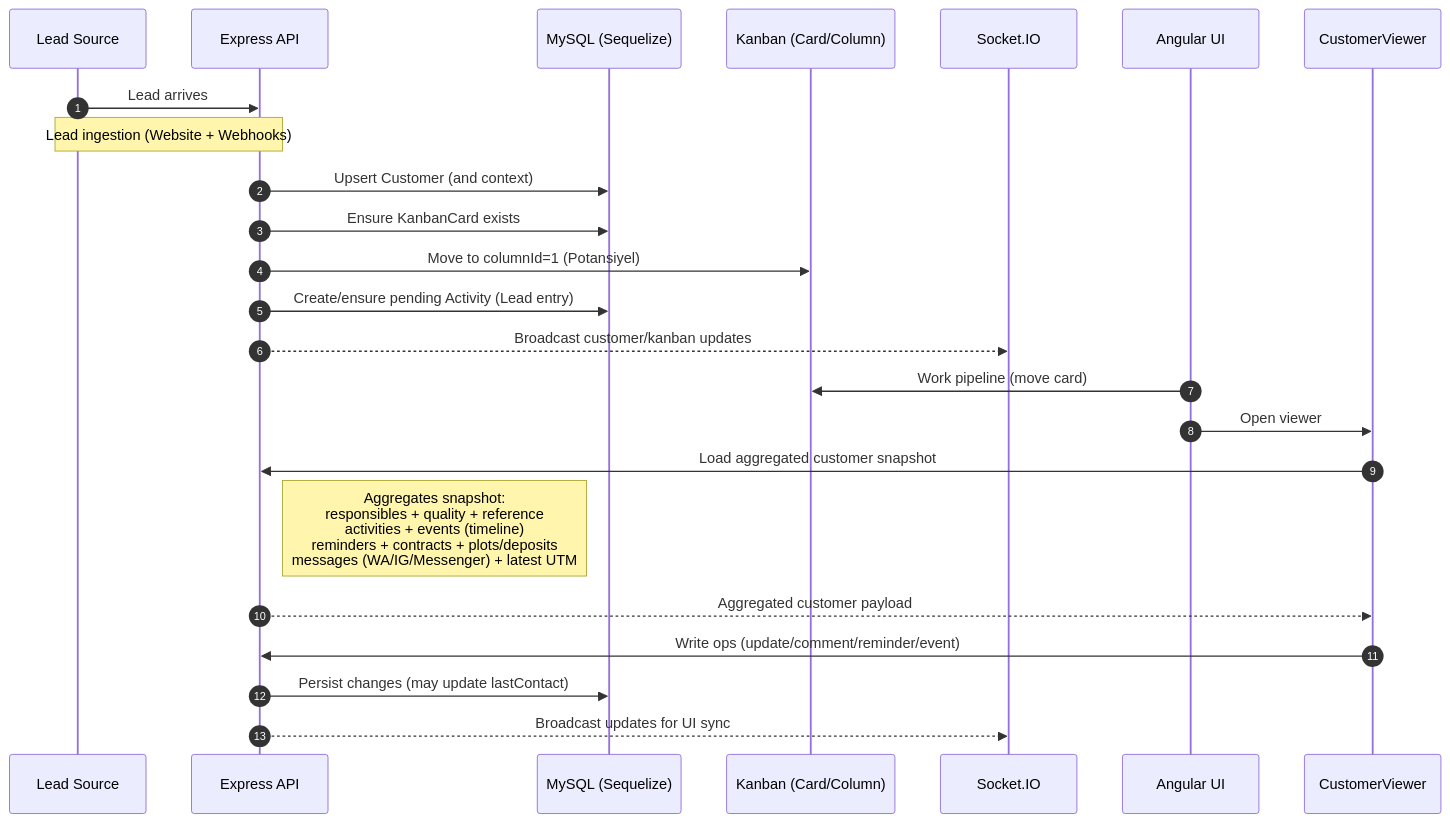
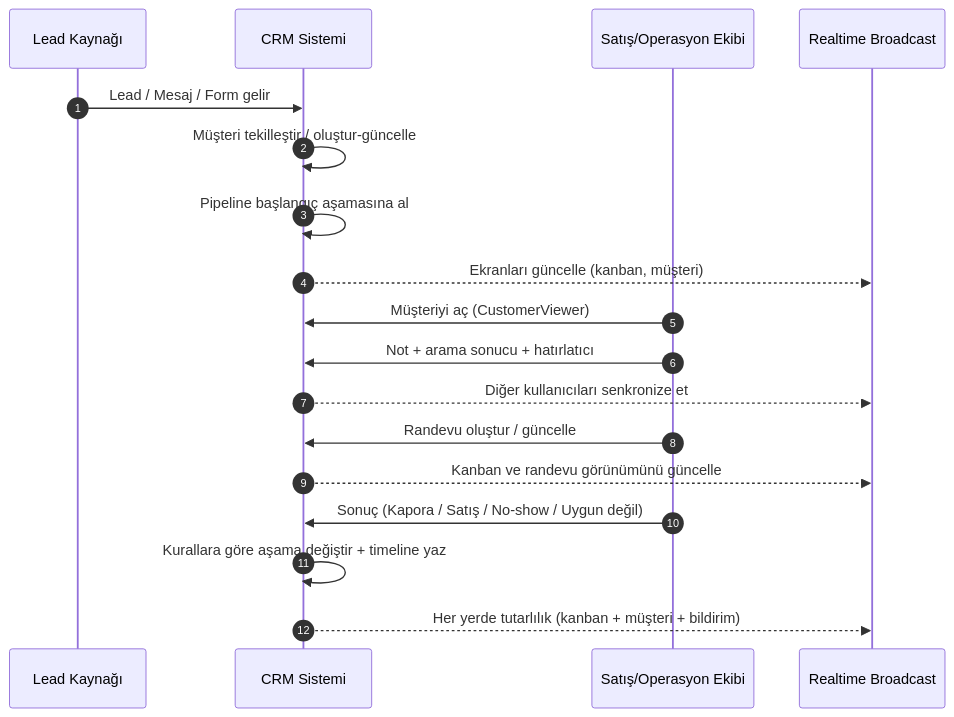
Before and after one commit to qetuo975/Modern-CRM: the second of 5 diagrams in README.md, drawn with Mermaid. The commit also changed other lines of this file, not shown here.

````diff
--- a/README.md
+++ b/README.md
@@ -85,30 +142,24 @@
 ```mermaid
 sequenceDiagram
-  autonumber
-  participant Src as Lead Source
-  participant Api as Express API
-  participant Db as MySQL (Sequelize)
-  participant Kb as Kanban (Card/Column)
-  participant Rt as Socket.IO
-  participant Ui as Angular UI
-  participant Cv as CustomerViewer
+	autonumber
+	participant Src as Lead Kaynağı
+	participant Sys as CRM Sistemi
+	participant Sales as Satış/Operasyon Ekibi
+	participant Rt as Realtime Broadcast
 
-  Src->>Api: Lead arrives
-	Note over Src,Api: Lead ingestion (Website + Webhooks)
+	Src->>Sys: Lead / Mesaj / Form gelir
+	Sys->>Sys: Müşteri tekilleştir / oluştur-güncelle
+	Sys->>Sys: Pipeline başlangıç aşamasına al
+	Sys-->>Rt: Ekranları güncelle (kanban, müşteri)
 
-  Api->>Db: Upsert Customer (and context)
-  Api->>Db: Ensure KanbanCard exists
-  Api->>Kb: Move to columnId=1 (Potansiyel)
-  Api->>Db: Create/ensure pending Activity (Lead entry)
-  Api-->>Rt: Broadcast customer/kanban updates
+	Sales->>Sys: Müşteriyi aç (CustomerViewer)
+	Sales->>Sys: Not + arama sonucu + hatırlatıcı
+	Sys-->>Rt: Diğer kullanıcıları senkronize et
 
-  Ui->>Kb: Work pipeline (move card)
-  Ui->>Cv: Open viewer
-	Cv->>Api: Load aggregated customer snapshot
-  Note right of Api: Aggregates snapshot:<br/>responsibles + quality + reference<br/>activities + events (timeline)<br/>reminders + contracts + plots/deposits<br/>messages (WA/IG/Messenger) + latest UTM
-  Api-->>Cv: Aggregated customer payload
+	Sales->>Sys: Randevu oluştur / güncelle
+	Sys-->>Rt: Kanban ve randevu görünümünü güncelle
 
-  Cv->>Api: Write ops (update/comment/reminder/event)
-  Api->>Db: Persist changes (may update lastContact)
-  Api-->>Rt: Broadcast updates for UI sync
+	Sales->>Sys: Sonuç (Kapora / Satış / No-show / Uygun değil)
+	Sys->>Sys: Kurallara göre aşama değiştir + timeline yaz
+	Sys-->>Rt: Her yerde tutarlılık (kanban + müşteri + bildirim)
 ```
````
